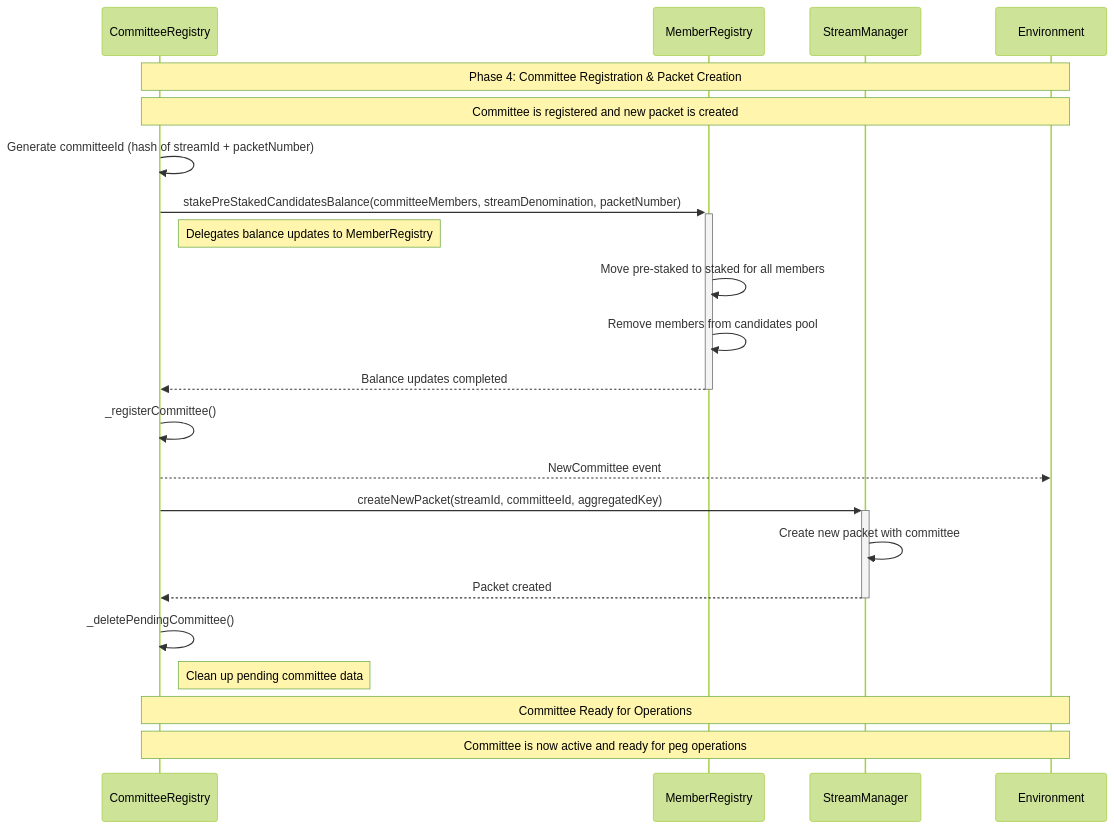
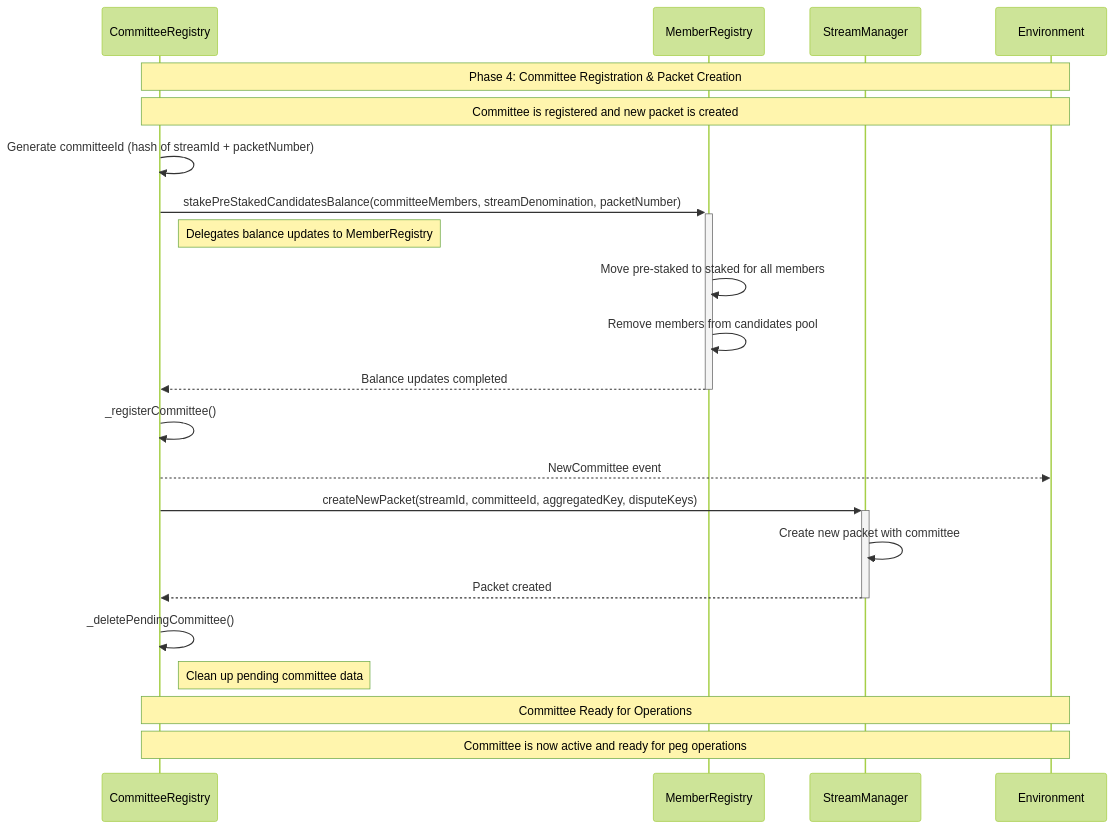
One commit to rsksmart/union-bridge-contracts changed the fourth of 14 diagrams in README.md. Above: the diagram before and after it, drawn with Mermaid (forest theme). The commit also changed 21 other files, not shown here.

First line of the commit message:
[CLEAN-UP] Move getCommitteePubKey from StreamManager to CommitteeRegistry (#410)

````diff
--- a/README.md
+++ b/README.md
@@ -722,27 +722,27 @@
 ```mermaid
 sequenceDiagram
     participant CR as CommitteeRegistry
     participant MR as MemberRegistry
     participant SM as StreamManager
     participant ENV as Environment
 
     Note over CR,ENV: Phase 4: Committee Registration & Packet Creation
     Note over CR,ENV: Committee is registered and new packet is created
 
     CR->>CR: Generate committeeId (hash of streamId + packetNumber)
     CR->>+MR: stakePreStakedCandidatesBalance(committeeMembers, streamDenomination, packetNumber)
     Note right of CR: Delegates balance updates to MemberRegistry
     MR->>MR: Move pre-staked to staked for all members
     MR->>MR: Remove members from candidates pool
     MR-->>-CR: Balance updates completed
     CR->>CR: _registerCommittee()
     CR-->>ENV: NewCommittee event
-    CR->>+SM: createNewPacket(streamId, committeeId, aggregatedKey)
+    CR->>+SM: createNewPacket(streamId, committeeId, aggregatedKey, disputeKeys)
     SM->>SM: Create new packet with committee
     SM-->>-CR: Packet created
     CR->>CR: _deletePendingCommittee()
     Note right of CR: Clean up pending committee data
 
     Note over CR,ENV: Committee Ready for Operations
     Note over CR,ENV: Committee is now active and ready for peg operations
 ```
````
